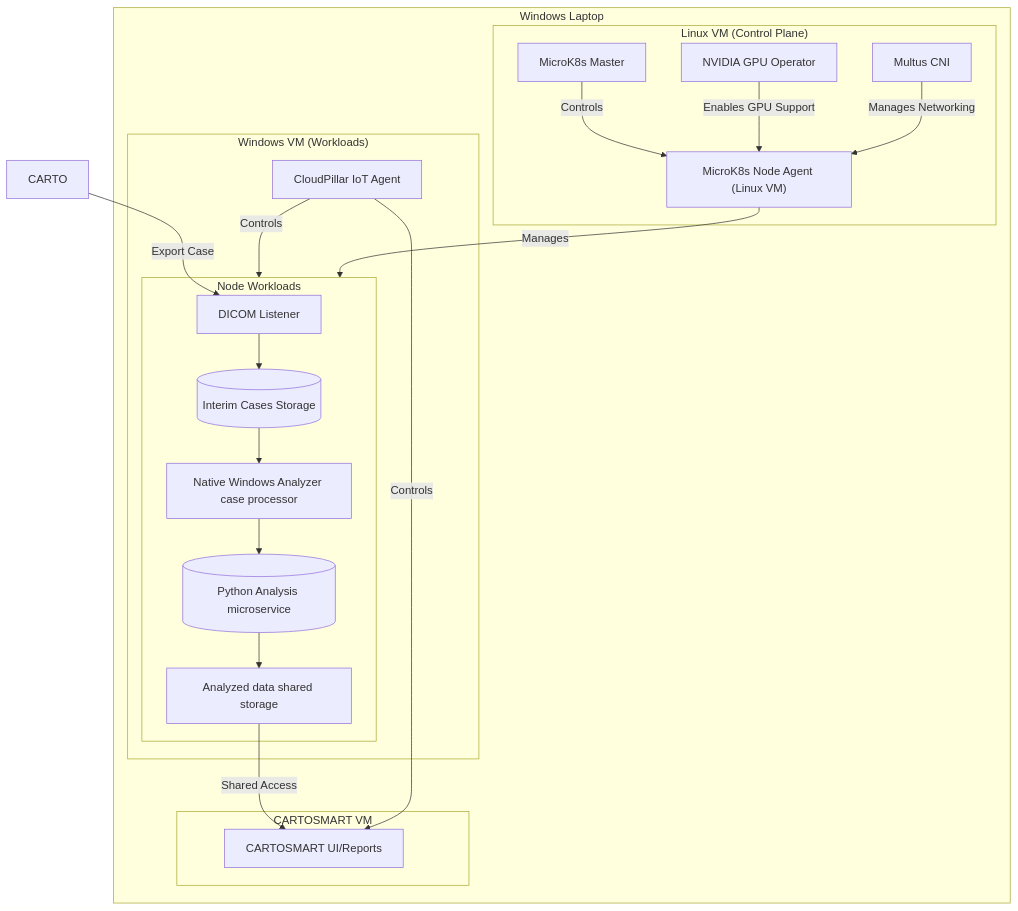
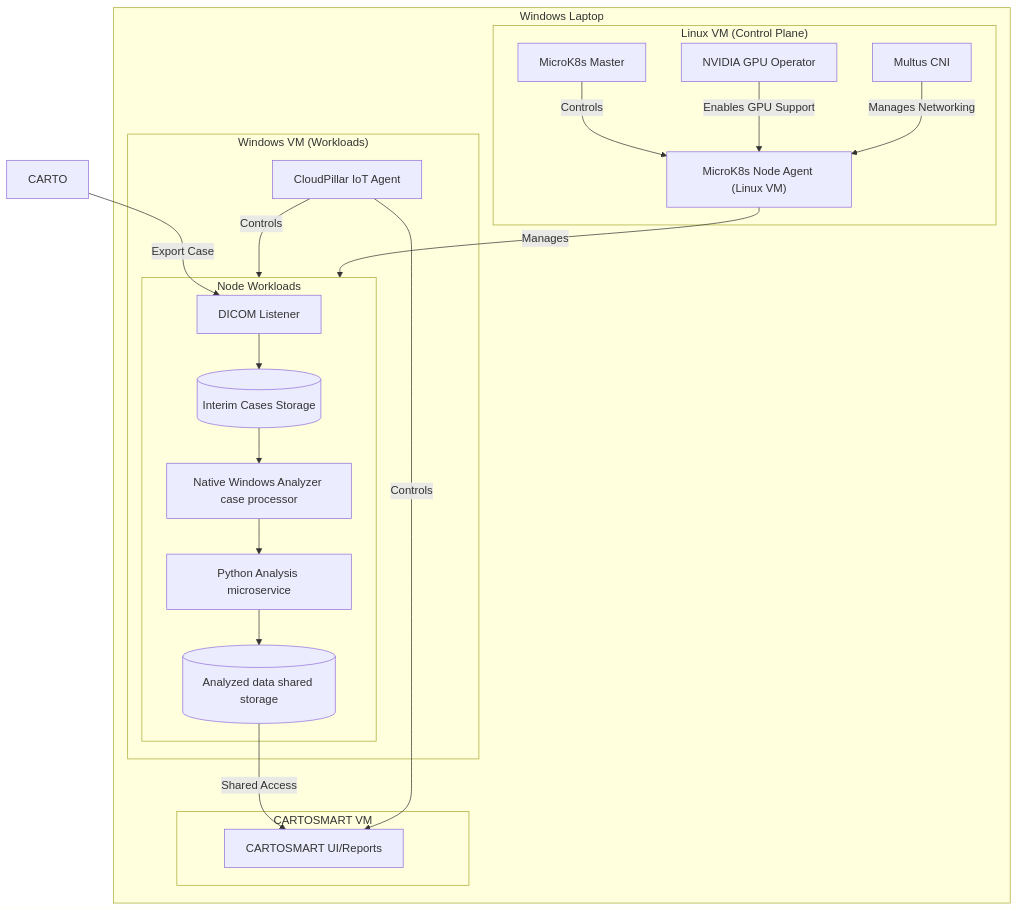
Before and after one commit to miri0789/CloudPillar: the third of 4 diagrams in wiki/CloudPillar-for-Cybersecurity-TLD.md, drawn with Mermaid.

Commit message:
Updated CloudPillar for Cybersecurity TLD

```diff
--- a/wiki/CloudPillar-for-Cybersecurity-TLD.md
+++ b/wiki/CloudPillar-for-Cybersecurity-TLD.md
@@ -1891,25 +1891,25 @@
 ::: mermaid
 flowchart TD
     subgraph Windows Laptop
         subgraph Linux VM ["Linux VM (Control Plane)"]
             A1[MicroK8s Master] -->|Controls| A2["MicroK8s Node Agent (Linux VM)"]
             A3[NVIDIA GPU Operator] -->|Enables GPU Support| A2
             A4[Multus CNI] -->|Manages Networking| A2
         end
         subgraph Workloads Node ["Windows VM (Workloads)"]
             subgraph Workloads ["Node Workloads"]
                  B4 --> B5[(Interim Cases Storage)]
                  B5 --> B6[Native Windows Analyzer case processor]
-                 B6 --> B7[(Python Analysis microservice)]
-                 B7 --> B8[Analyzed data shared storage]
+                 B6 --> B7[Python Analysis microservice]
+                 B7 --> B8[(Analyzed data shared storage)]
             end
             B3[CloudPillar IoT Agent] -->|Controls| Workloads
             A2 -->|Manages| Workloads
         end
         subgraph CARTOSMART VM ["CARTOSMART VM"]
             B8 -->|Shared Access| C1[CARTOSMART UI/Reports]
             B3 -->|Controls| C1
         end
     end
     CARTO -->|Export Case| B4[DICOM Listener]
 :::
```
